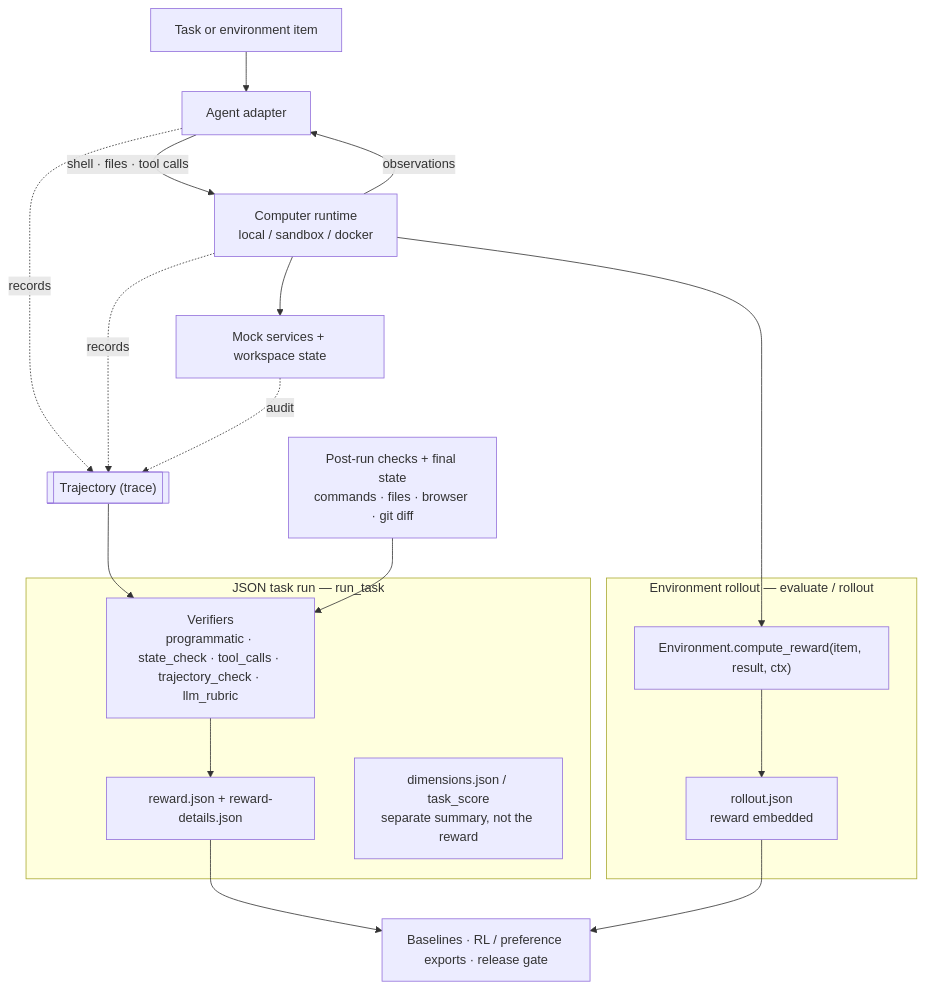
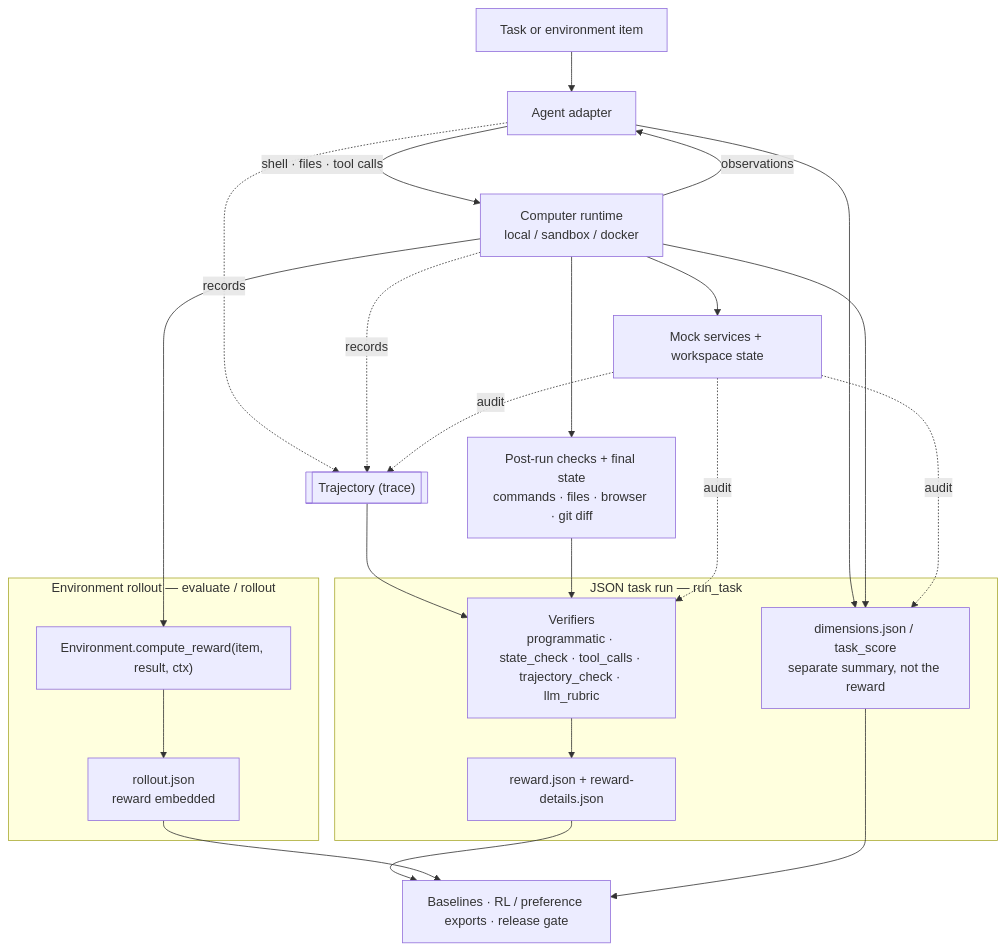
The diagram in README.md (itseffi/agenticevals), drawn with Mermaid before and after one commit.

````diff
--- a/README.md
+++ b/README.md
@@ -15,25 +15,31 @@
 ```mermaid
 flowchart TB
   Task["Task or environment item"] --> Agent["Agent adapter"]
   Agent -->|"shell · files · tool calls"| Computer["Computer runtime<br/>local / sandbox / docker"]
   Computer -->|"observations"| Agent
   Computer --> Svc["Mock services + workspace state"]
   Agent -. records .-> Traj[["Trajectory (trace)"]]
   Computer -. records .-> Traj
   Svc -. audit .-> Traj
 
   subgraph TaskRun["JSON task run — run_task"]
     Verif["Verifiers<br/>programmatic · state_check · tool_calls · trajectory_check · llm_rubric"] --> RJ["reward.json + reward-details.json"]
     Dims["dimensions.json / task_score<br/>separate summary, not the reward"]
   end
 
   subgraph EnvRun["Environment rollout — evaluate / rollout"]
     CR["Environment.compute_reward(item, result, ctx)"] --> RO["rollout.json<br/>reward embedded"]
   end
 
   Traj --> Verif
-  Checks["Post-run checks + final state<br/>commands · files · browser · git diff"] --> Verif
+  Computer --> Checks["Post-run checks + final state<br/>commands · files · browser · git diff"]
+  Checks --> Verif
+  Svc -. audit .-> Verif
+  Agent --> Dims
+  Computer --> Dims
+  Svc -. audit .-> Dims
   Computer --> CR
   RJ --> Out["Baselines · RL / preference exports · release gate"]
   RO --> Out
+  Dims --> Out
 ```
````
